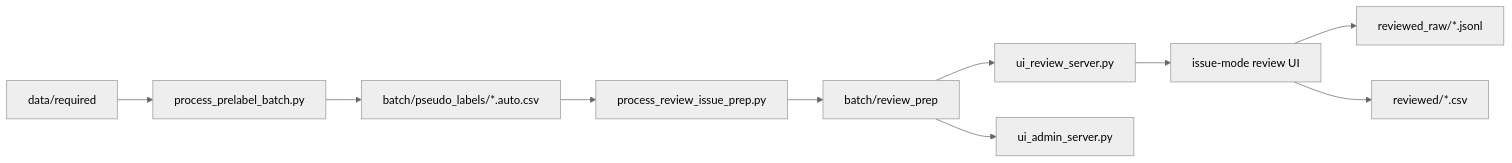
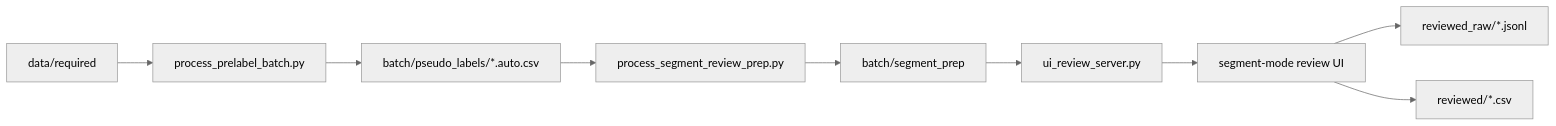
One commit to hlife0/ReID_data_annotation changed the diagram in docs/README.md. Above: the diagram before and after it, drawn with Mermaid (neutral theme). The commit also changed other lines of this file and 13 other files, not shown here.

Commit message:
Implement segment-mode review workflow

````diff
--- a/docs/README.md
+++ b/docs/README.md
@@ -86,12 +84,11 @@
 ```mermaid
 flowchart LR
     A[data/required] --> B[process_prelabel_batch.py]
     B --> C[batch/pseudo_labels/*.auto.csv]
-    C --> D[process_review_issue_prep.py]
-    D --> E[batch/review_prep]
+    C --> D[process_segment_review_prep.py]
+    D --> E[batch/segment_prep]
     E --> F[ui_review_server.py]
-    E --> G[ui_admin_server.py]
-    F --> H[issue-mode review UI]
-    H --> I[reviewed_raw/*.jsonl]
-    H --> J[reviewed/*.csv]
+    F --> G[segment-mode review UI]
+    G --> H[reviewed_raw/*.jsonl]
+    G --> I[reviewed/*.csv]
 ```
````
